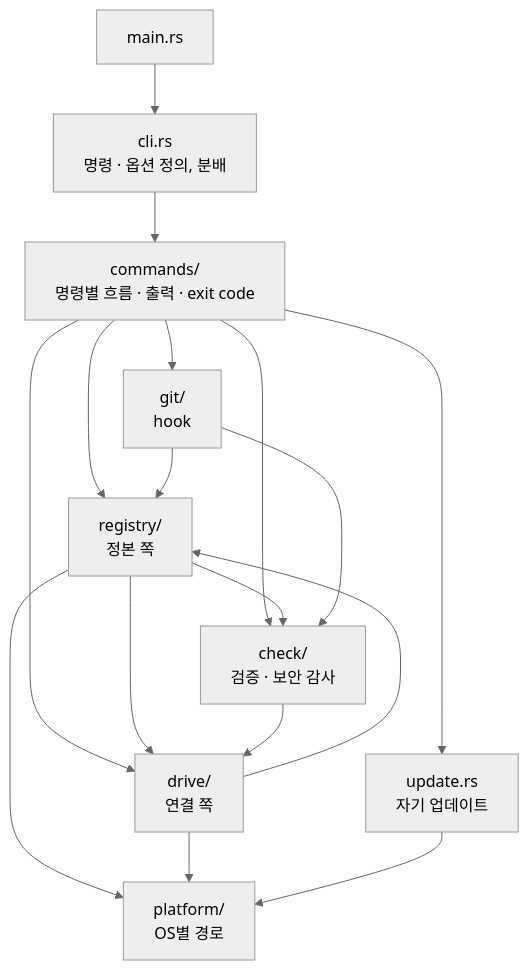
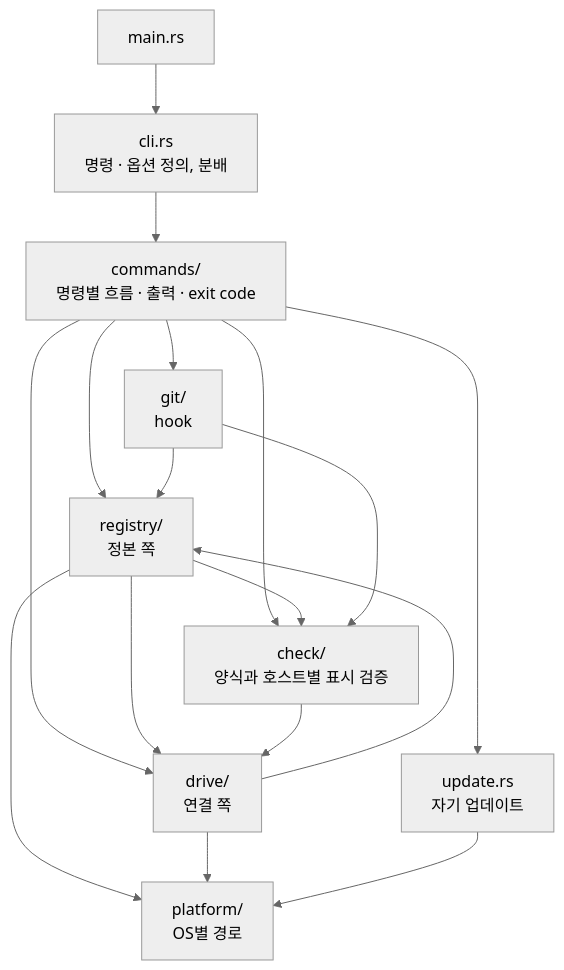
Before and after one commit to Seosiju/my-skills: the eighth of 9 diagrams in docs/system-map.ko.md, drawn with Mermaid (neutral theme). The commit also changed other lines of this file and 87 other files, not shown here.

````diff
--- a/docs/system-map.ko.md
+++ b/docs/system-map.ko.md
@@ -273,19 +271,19 @@
 ```mermaid
 flowchart TD
   main["main.rs"] --> cli["cli.rs<br/>명령 · 옵션 정의, 분배"]
   cli --> commands["commands/<br/>명령별 흐름 · 출력 · exit code"]
   commands --> registry["registry/<br/>정본 쪽"]
   commands --> drive["drive/<br/>연결 쪽"]
-  commands --> check["check/<br/>검증 · 보안 감사"]
+  commands --> check["check/<br/>양식과 호스트별 표시 검증"]
   commands --> git["git/<br/>hook"]
   commands --> update["update.rs<br/>자기 업데이트"]
   registry --> drive
   registry --> check
   drive --> registry
   check --> drive
   git --> check
   git --> registry
   registry --> platform["platform/<br/>OS별 경로"]
   drive --> platform
   update --> platform
 ```
````
